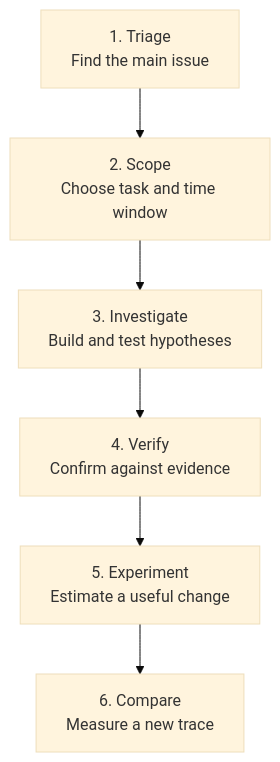
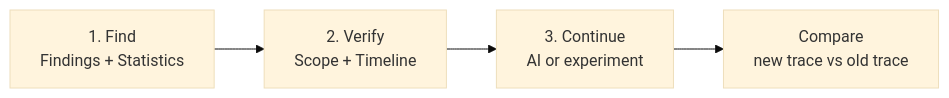
One commit to kuopinghsu/FreeRTOS-BTF-Trace changed the first of 3 diagrams in BTFViewer/AI.md. Above: the diagram before and after it, drawn with Mermaid (base theme). The commit also changed other lines of this file and 22 other files, not shown here.

````diff
--- a/BTFViewer/AI.md
+++ b/BTFViewer/AI.md
@@ -18,8 +16,6 @@
-```mermaid
-flowchart TD
-  triage["1. Triage<br/>Find the main issue"] --> scope["2. Scope<br/>Choose task and time window"]
-  scope --> investigate["3. Investigate<br/>Build and test hypotheses"]
-  investigate --> verify["4. Verify<br/>Confirm against evidence"]
-  verify --> experiment["5. Experiment<br/>Estimate a useful change"]
-  experiment --> compare["6. Compare<br/>Measure a new trace"]
+``` mermaid
+flowchart LR
+  A["1. Find<br/>Findings + Statistics"] --> B["2. Verify<br/>Scope + Timeline"]
+  B --> C["3. Continue<br/>AI or experiment"]
+  C --> D["Compare<br/>new trace vs old trace"]
 ```
````
